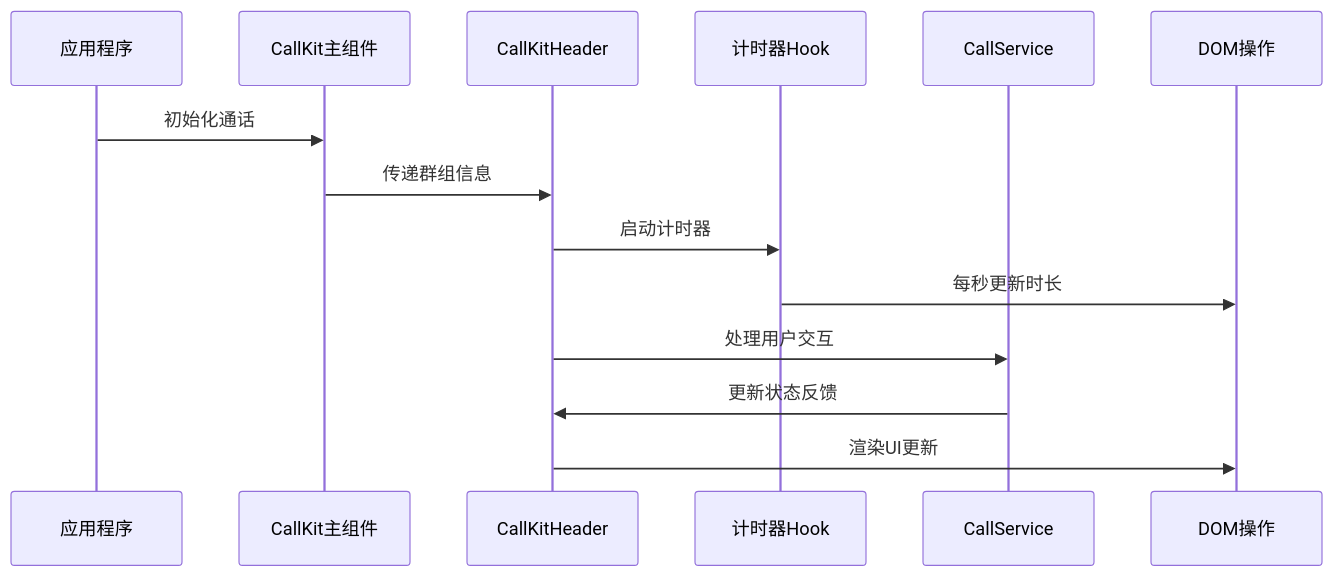
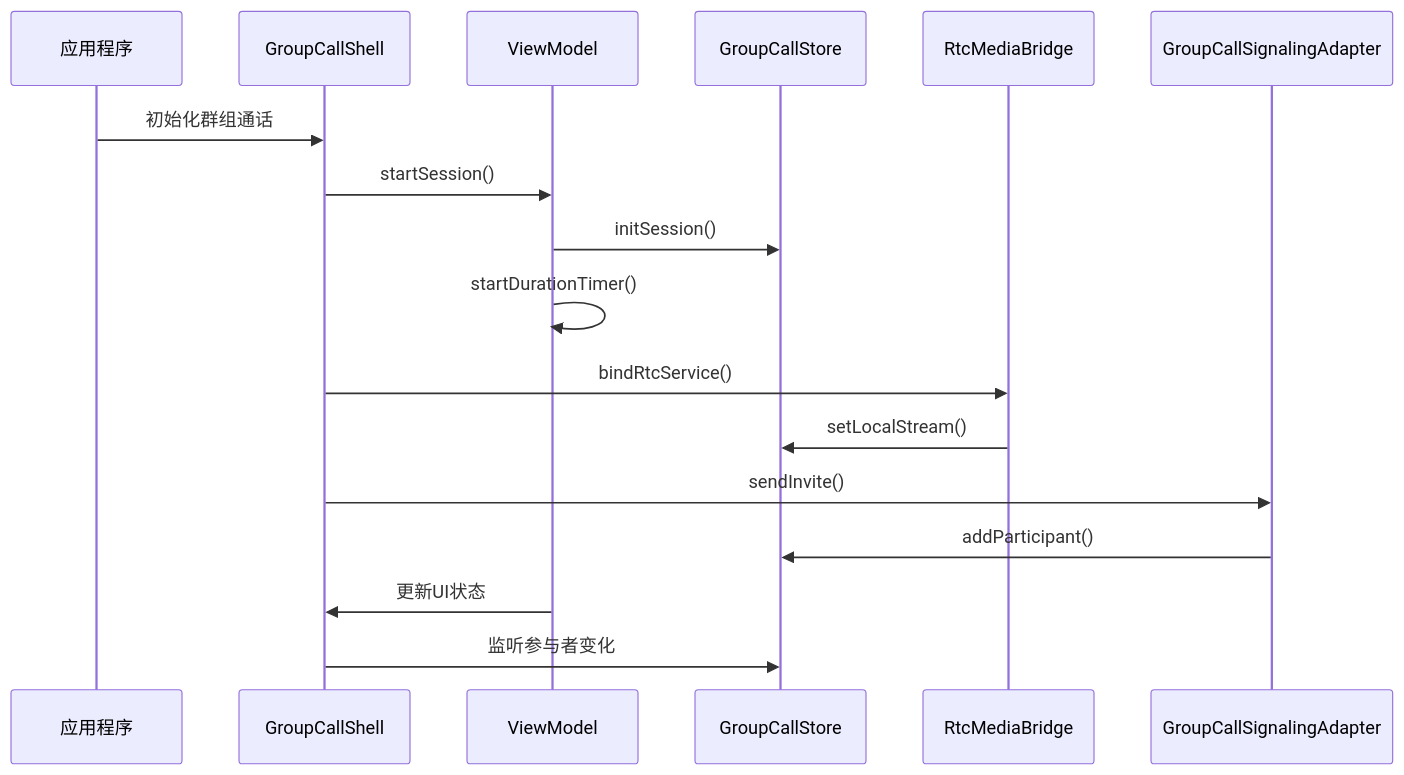
One commit to Easemob-Community/easemob-uikit-callkit-vue3 changed the second of 7 diagrams in .qoder/repowiki/zh/content/核心组件/群组通话组件/群组通话头部栏.md. Above: the diagram before and after it, drawn with Mermaid. The commit also changed other lines of this file and 54 other files, not shown here.

First line of the commit message:
refactor: 清理废弃代码 + 移出 RtcService 实例 + API 便捷性优化

````diff
--- a/.qoder/repowiki/zh/content/核心组件/群组通话组件/群组通话头部栏.md
+++ b/.qoder/repowiki/zh/content/核心组件/群组通话组件/群组通话头部栏.md
@@ -123,16 +130,19 @@
 ```mermaid
 sequenceDiagram
 participant App as 应用程序
-participant CallKit as CallKit主组件
-participant Header as CallKitHeader
-participant Timer as 计时器Hook
-participant Service as CallService
-participant DOM as DOM操作
-App->>CallKit : 初始化通话
-CallKit->>Header : 传递群组信息
-Header->>Timer : 启动计时器
-Timer->>DOM : 每秒更新时长
-Header->>Service : 处理用户交互
-Service->>Header : 更新状态反馈
-Header->>DOM : 渲染UI更新
+participant Shell as GroupCallShell
+participant VM as ViewModel
+participant Store as GroupCallStore
+participant Media as RtcMediaBridge
+participant Signaling as GroupCallSignalingAdapter
+App->>Shell : 初始化群组通话
+Shell->>VM : startSession()
+VM->>Store : initSession()
+VM->>VM : startDurationTimer()
+Shell->>Media : bindRtcService()
+Media->>Store : setLocalStream()
+Shell->>Signaling : sendInvite()
+Signaling->>Store : addParticipant()
+VM->>Shell : 更新UI状态
+Shell->>Store : 监听参与者变化
 ```
````
